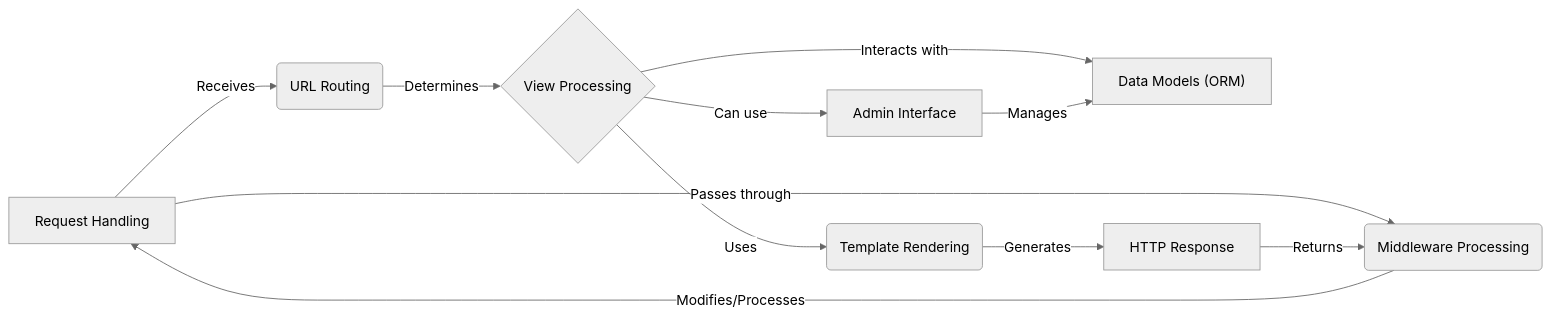
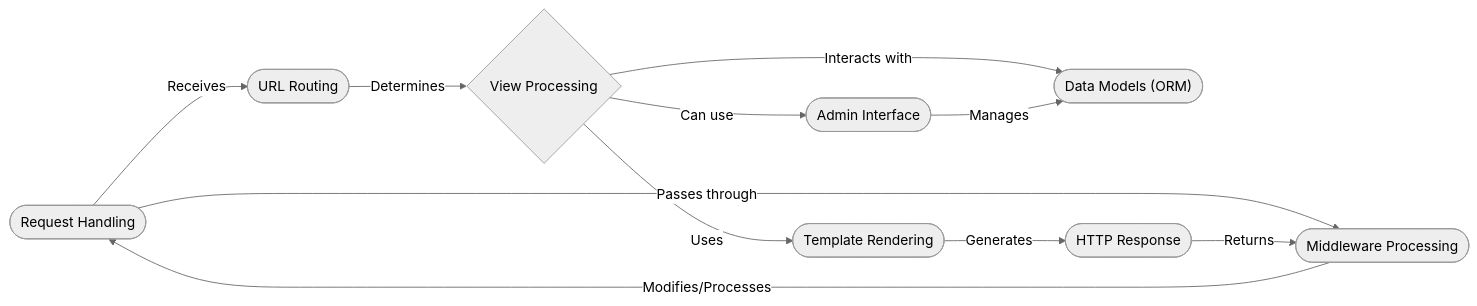
One commit to CodeBoarding/GeneratedOnBoardings changed the diagram in django/on_boarding.md. Above: the diagram before and after it, drawn with Mermaid (neutral theme).

````diff
--- a/django/on_boarding.md
+++ b/django/on_boarding.md
@@ -5,13 +5,23 @@
 ```mermaid
 graph LR
-    A[Request Handling] -- Receives --> B(URL Routing)
+    A([Request Handling]) -- Receives --> B([URL Routing])
     B -- Determines --> C{View Processing}
-    C -- Interacts with --> D["Data Models (ORM)"]
-    C -- Uses --> E(Template Rendering)
-    E -- Generates --> F[HTTP Response]
-    A -- Passes through --> G(Middleware Processing)
+    C -- Interacts with --> D(["Data Models (ORM)"])
+    C -- Uses --> E([Template Rendering])
+    E -- Generates --> F([HTTP Response])
+    A -- Passes through --> G([Middleware Processing])
     G -- Modifies/Processes --> A
-    C -- Can use --> H[Admin Interface]
+    C -- Can use --> H([Admin Interface])
     H -- Manages --> D
     F -- Returns --> G
+
+    click A href "./Request%20Handling.md"
+    click B href "./URL%20Routing.md"
+    click C href "./View%20Processing.md"
+    click D href "./Data%20Models%20(ORM).md"
+    click E href "./Template%20Rendering.md"
+    click F href "./HTTP%20Response.md"
+    click G href "./Middleware%20Processing.md"
+    click H href "./Admin%20Interface.md"
+
 ```
````
